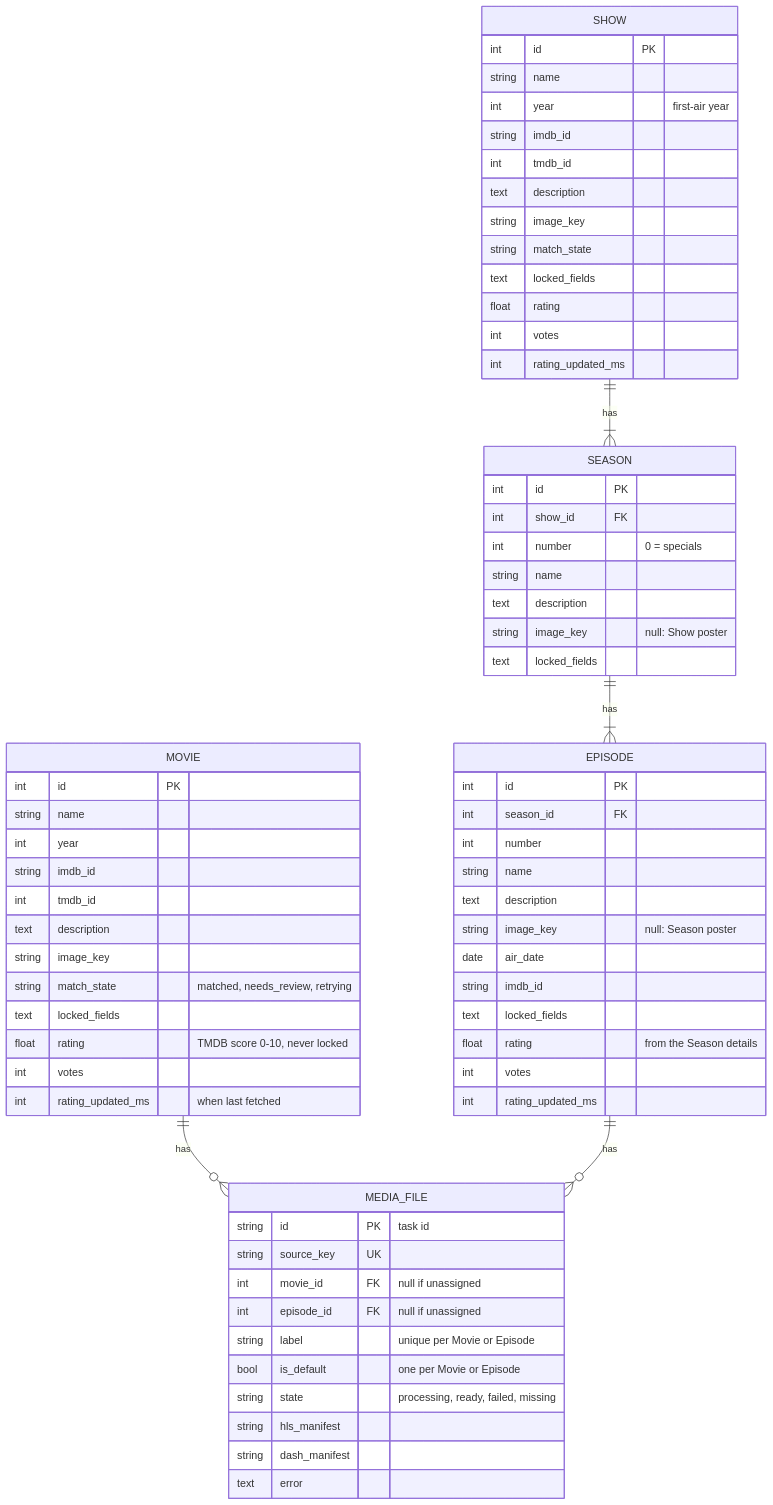
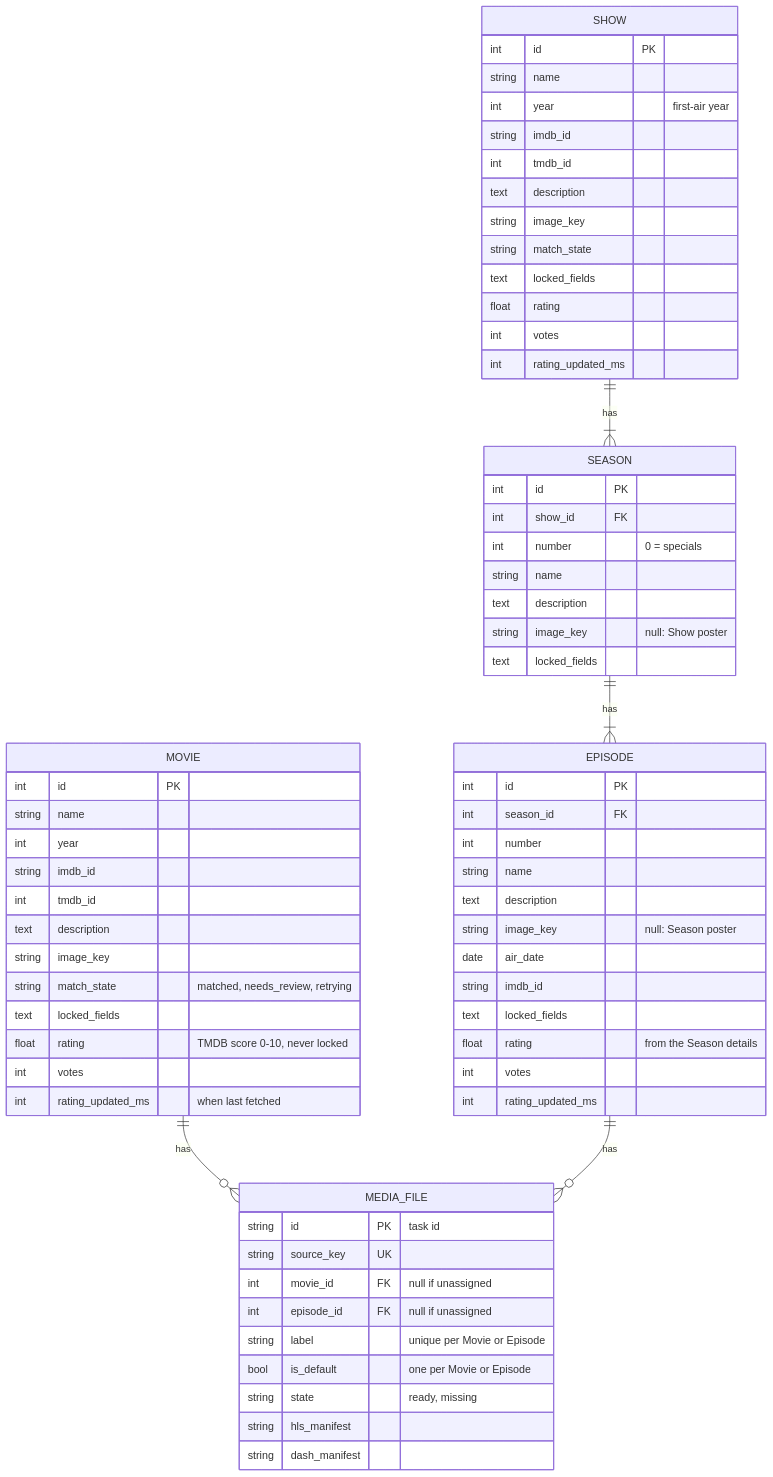
Before and after one commit to Domeimeie/DodoGlass: the fourth of 4 diagrams in docs/architecture/asset-server.md, drawn with Mermaid. The commit also changed other lines of this file and 6 other files, not shown here.

````diff
--- a/docs/architecture/asset-server.md
+++ b/docs/architecture/asset-server.md
@@ -333,71 +335,70 @@
 ```mermaid
 erDiagram
     MOVIE ||--o{ MEDIA_FILE : has
     SHOW ||--|{ SEASON : has
     SEASON ||--|{ EPISODE : has
     EPISODE ||--o{ MEDIA_FILE : has
 
     MOVIE {
         int id PK
         string name
         int year
         string imdb_id
         int tmdb_id
         text description
         string image_key
         string match_state "matched, needs_review, retrying"
         text locked_fields
         float rating "TMDB score 0-10, never locked"
         int votes
         int rating_updated_ms "when last fetched"
     }
     SHOW {
         int id PK
         string name
         int year "first-air year"
         string imdb_id
         int tmdb_id
         text description
         string image_key
         string match_state
         text locked_fields
         float rating
         int votes
         int rating_updated_ms
     }
     SEASON {
         int id PK
         int show_id FK
         int number "0 = specials"
         string name
         text description
         string image_key "null: Show poster"
         text locked_fields
     }
     EPISODE {
         int id PK
         int season_id FK
         int number
         string name
         text description
         string image_key "null: Season poster"
         date air_date
         string imdb_id
         text locked_fields
         float rating "from the Season details"
         int votes
         int rating_updated_ms
     }
     MEDIA_FILE {
         string id PK "task id"
         string source_key UK
         int movie_id FK "null if unassigned"
         int episode_id FK "null if unassigned"
         string label "unique per Movie or Episode"
         bool is_default "one per Movie or Episode"
-        string state "processing, ready, failed, missing"
+        string state "ready, missing"
         string hls_manifest
         string dash_manifest
-        text error
     }
 ```
````
